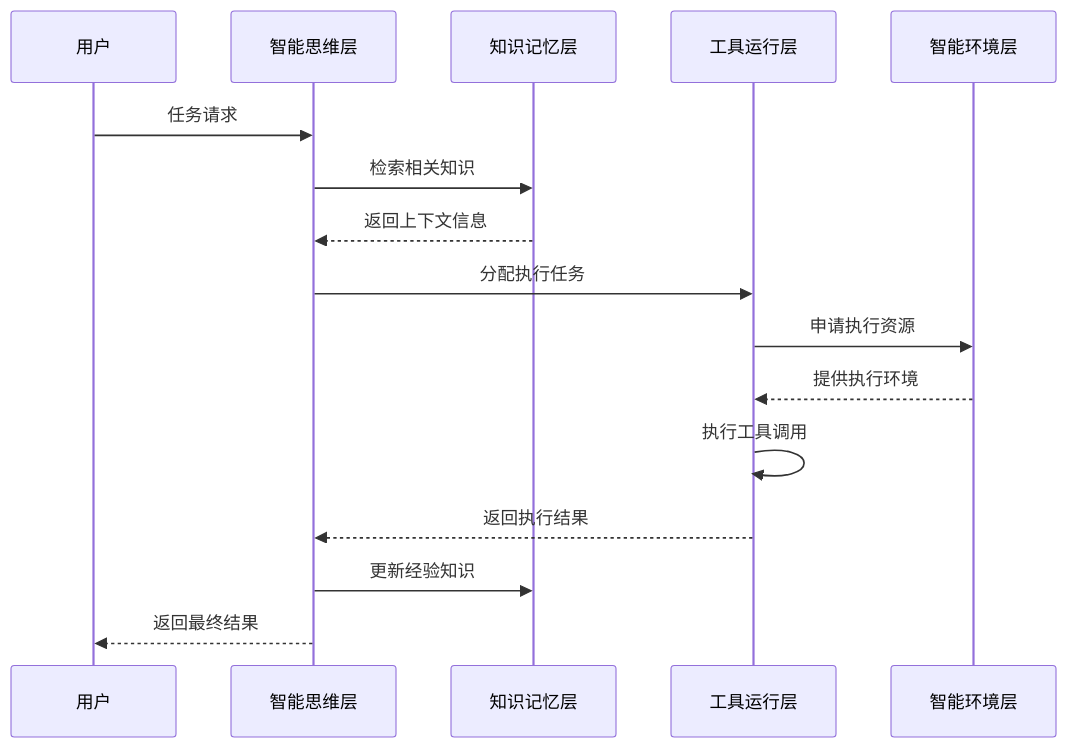
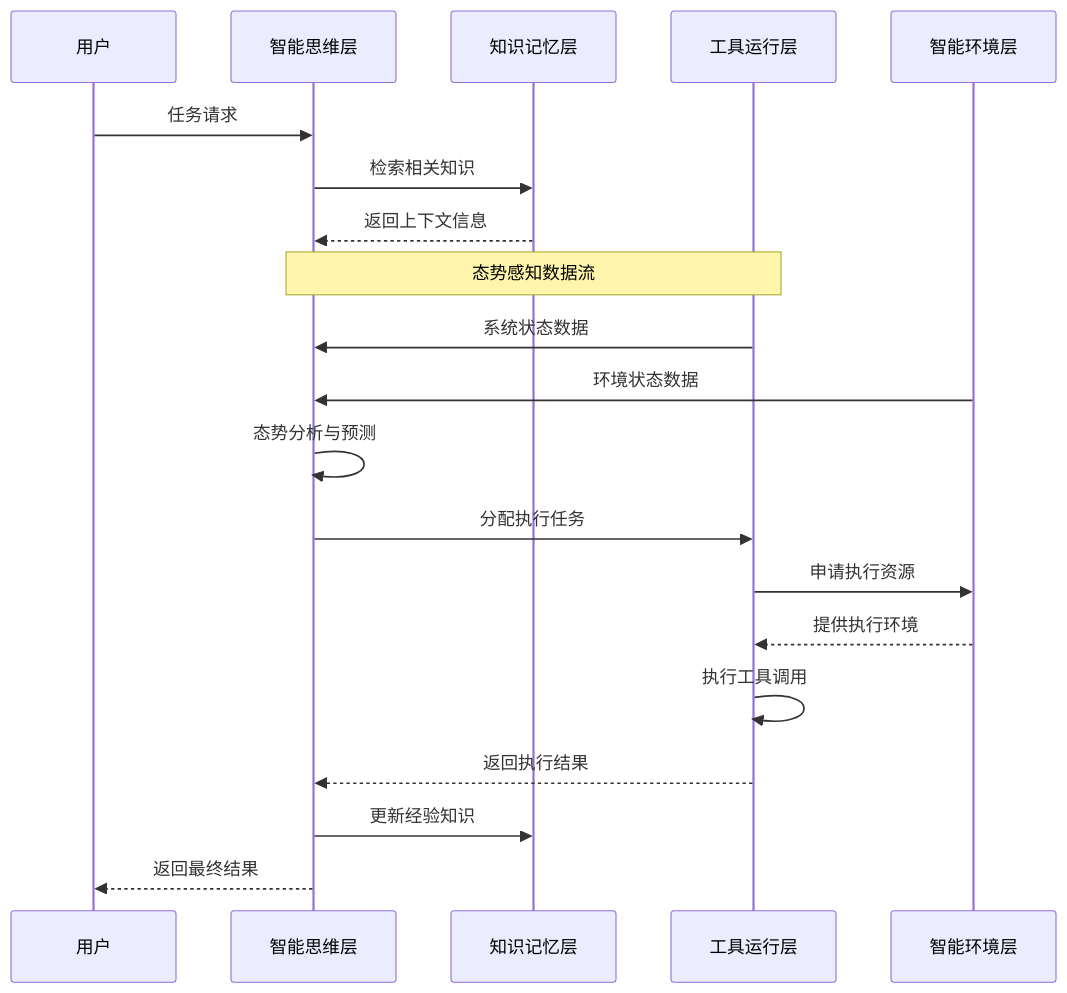
The seventh of 8 diagrams in 第零部分_核心概念预览/0.2_AGI应用分层架构.md (youyoude/agi-app-dev-guide-book), drawn with Mermaid before and after one commit. The commit also changed other lines of this file and 2 other files, not shown here.

````diff
--- a/第零部分_核心概念预览/0.2_AGI应用分层架构.md
+++ b/第零部分_核心概念预览/0.2_AGI应用分层架构.md
@@ -209,19 +216,25 @@
 ```mermaid
 sequenceDiagram
     participant U as 用户
     participant IT as 智能思维层
     participant KM as 知识记忆层
     participant TR as 工具运行层
     participant ENV as 智能环境层
     
     U->>IT: 任务请求
     IT->>KM: 检索相关知识
     KM-->>IT: 返回上下文信息
+    
+    Note over IT,TR: 态势感知数据流
+    TR->>IT: 系统状态数据
+    ENV->>IT: 环境状态数据
+    IT->>IT: 态势分析与预测
+    
     IT->>TR: 分配执行任务
     TR->>ENV: 申请执行资源
     ENV-->>TR: 提供执行环境
     TR->>TR: 执行工具调用
     TR-->>IT: 返回执行结果
     IT->>KM: 更新经验知识
     IT-->>U: 返回最终结果
 ```
````
